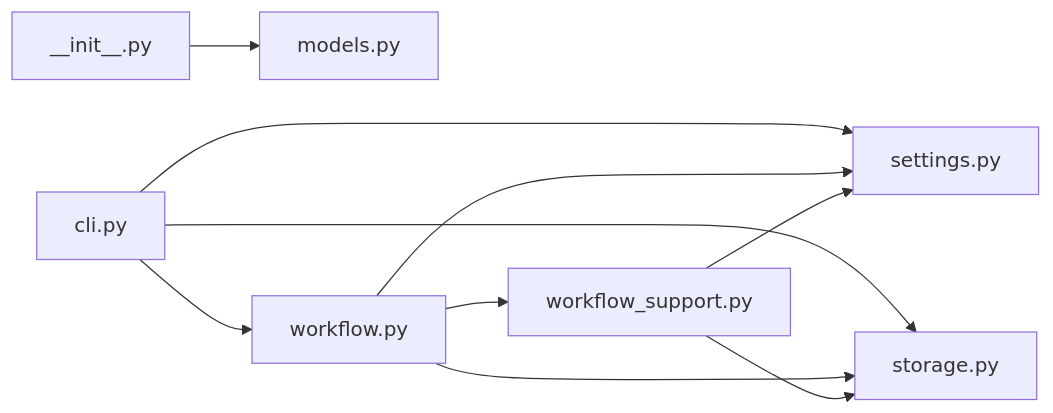
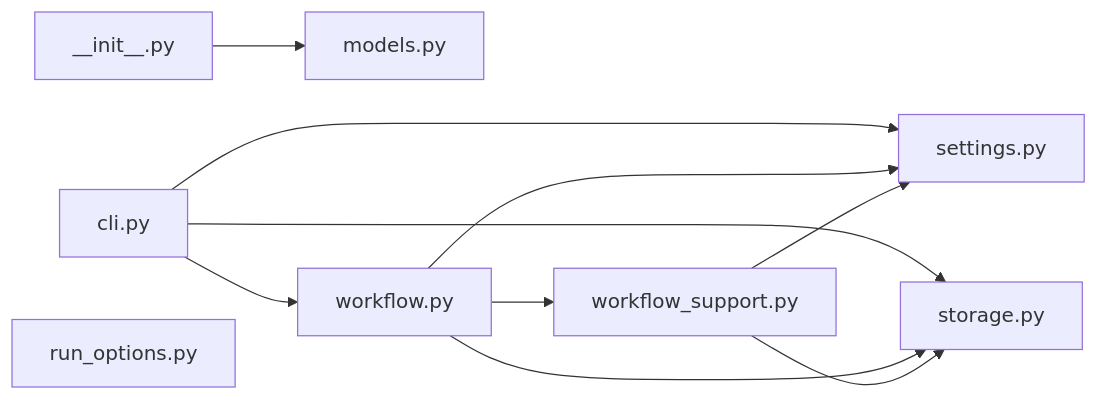
Before and after one commit to sarveshtalele/maf-harness-testing: the fourth of 21 diagrams in docs/ARCHITECTURE_MAP.md, drawn with Mermaid. The commit also changed other lines of this file and 10 other files, not shown here.

Commit message:
Run options: mode, unit/integration test types, greenfield spec sources, level allowlist, new-run form

````diff
--- a/docs/ARCHITECTURE_MAP.md
+++ b/docs/ARCHITECTURE_MAP.md
@@ -165,19 +165,20 @@
 ```mermaid
 flowchart LR
   f0["__init__.py"]
   f1["cli.py"]
   f2["models.py"]
-  f3["settings.py"]
-  f4["storage.py"]
-  f5["workflow.py"]
-  f6["workflow_support.py"]
+  f3["run_options.py"]
+  f4["settings.py"]
+  f5["storage.py"]
+  f6["workflow.py"]
+  f7["workflow_support.py"]
   f0 --> f2
-  f1 --> f3
   f1 --> f4
   f1 --> f5
-  f5 --> f3
-  f5 --> f4
-  f5 --> f6
-  f6 --> f3
+  f1 --> f6
   f6 --> f4
+  f6 --> f5
+  f6 --> f7
+  f7 --> f4
+  f7 --> f5
 ```
````
